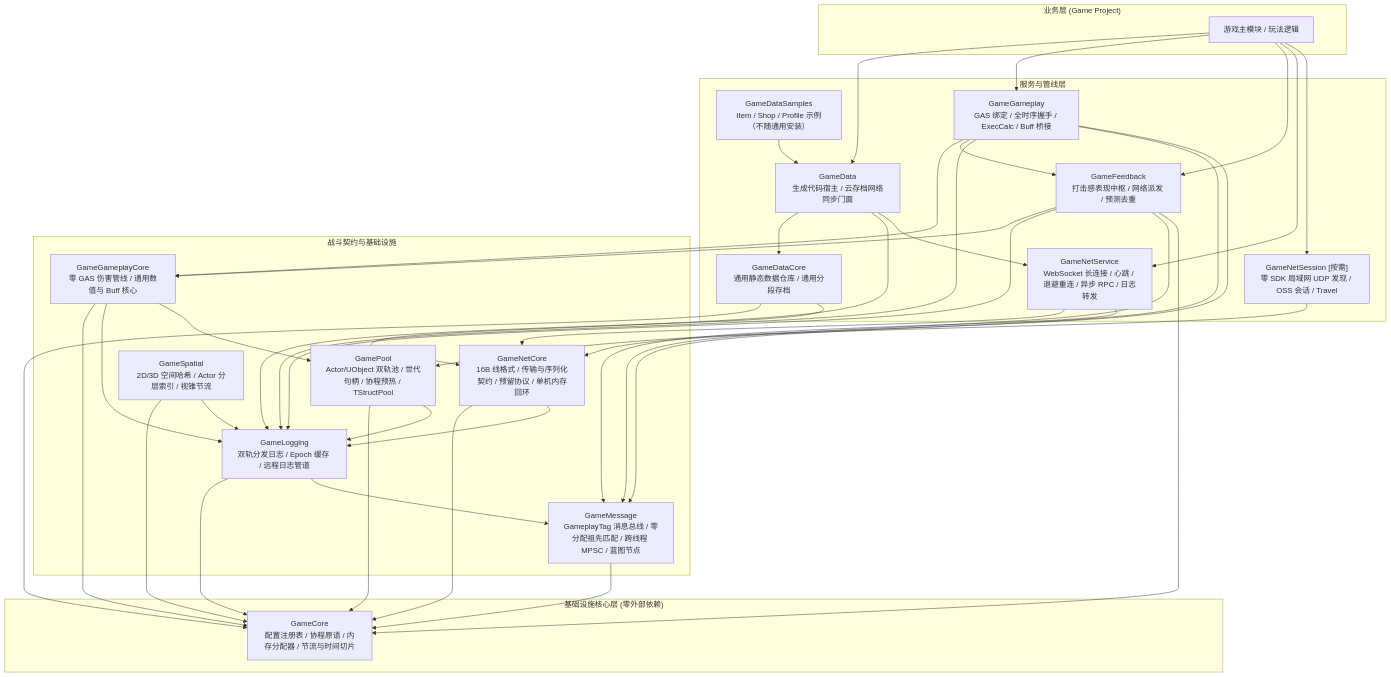
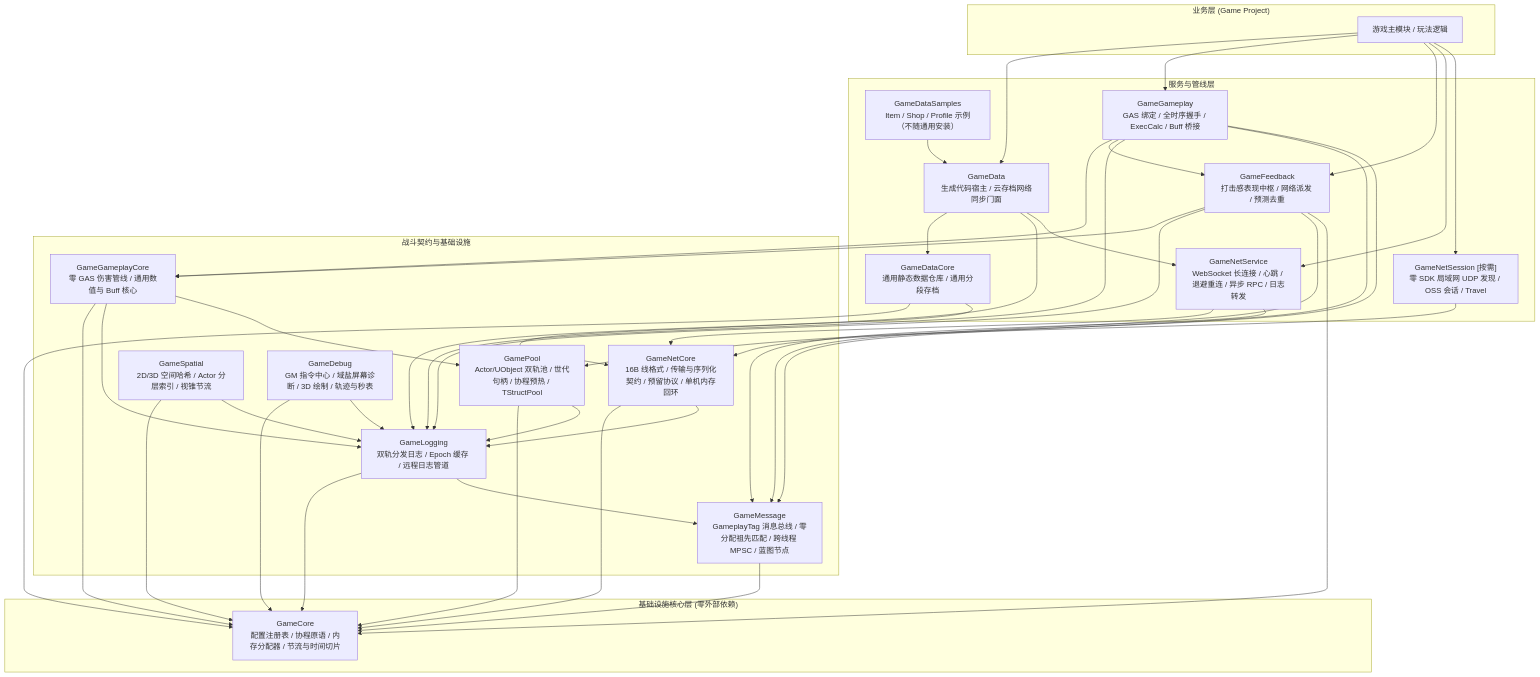
Before and after one commit to YIice-cwj/ue5-toolkit: the diagram in README.md, drawn with Mermaid. The commit also changed other lines of this file and 1 other file, not shown here.

Commit message:
docs(architecture): 对齐根 README 的 GameDebug 矩阵条目与 GameCore 头路径引用
- 跨模块文档同步：
  1. 在根目录 README.md 的依赖拓扑图、核心插件矩阵表与目录树中补齐 Layer 1 插件 GameDebug 条目。
  2. 修正 GameCore/Docs/API/ConfigRegistry.md 中 FGameCheatRegistry 迁移提示的旧头文件引用路径为 Cheat/FGameCheatRegistry.h。

````diff
--- a/README.md
+++ b/README.md
@@ -20,65 +20,68 @@
 ```mermaid
 graph TD
     subgraph Layer3["业务层 (Game Project)"]
         MyGame["游戏主模块 / 玩法逻辑"]
     end
 
     subgraph Layer2["服务与管线层"]
         GameDataCore["GameDataCore<br>通用静态数据仓库 / 通用分段存档"]
         GameData["GameData<br>生成代码宿主 / 云存档网络同步门面"]
         GameDataSamples["GameDataSamples<br>Item / Shop / Profile 示例（不随通用安装）"]
         GameGameplay["GameGameplay<br>GAS 绑定 / 全时序握手 / ExecCalc / Buff 桥接"]
         GameFeedback["GameFeedback<br>打击感表现中枢 / 网络派发 / 预测去重"]
         GameNetService["GameNetService<br>WebSocket 长连接 / 心跳 / 退避重连 / 异步 RPC / 日志转发"]
         GameNetSession["GameNetSession [按需]<br>零 SDK 局域网 UDP 发现 / OSS 会话 / Travel"]
     end
 
     subgraph Layer1["战斗契约与基础设施"]
         GameGameplayCore["GameGameplayCore<br>零 GAS 伤害管线 / 通用数值与 Buff 核心"]
         GameNetCore["GameNetCore<br>16B 线格式 / 传输与序列化契约 / 预留协议 / 单机内存回环"]
         GamePool["GamePool<br>Actor/UObject 双轨池 / 世代句柄 / 协程预热 / TStructPool"]
         GameSpatial["GameSpatial<br>2D/3D 空间哈希 / Actor 分层索引 / 视锥节流"]
+        GameDebug["GameDebug<br>GM 指令中心 / 域盐屏幕诊断 / 3D 绘制 / 轨迹与秒表"]
         GameLogging["GameLogging<br>双轨分发日志 / Epoch 缓存 / 远程日志管道"]
         GameMessage["GameMessage<br>GameplayTag 消息总线 / 零分配祖先匹配 / 跨线程 MPSC / 蓝图节点"]
     end
 
     subgraph Layer0["基础设施核心层 (零外部依赖)"]
         GameCore["GameCore<br>配置注册表 / 协程原语 / 内存分配器 / 节流与时间切片"]
     end
 
     MyGame --> GameData
     MyGame --> GameGameplay
     MyGame --> GameFeedback
     MyGame --> GameNetService
     MyGame --> GameNetSession
     GameDataSamples --> GameData
     GameData --> GameDataCore
     GameData --> GameNetCore
     GameData --> GameNetService
     GameGameplay --> GameGameplayCore
     GameGameplay --> GameFeedback
     GameGameplay --> GameLogging
     GameGameplay --> GameMessage
     GameGameplay --> GamePool
     GameFeedback --> GameGameplayCore
     GameFeedback --> GameLogging
     GameFeedback --> GameMessage
     GameFeedback --> GameCore
     GameNetService --> GameNetCore
     GameNetService --> GameMessage
     GameNetSession --> GameNetCore
     GameNetCore --> GameCore
     GameNetCore --> GameLogging
     GameGameplayCore --> GameCore
     GameGameplayCore --> GameLogging
     GameGameplayCore --> GamePool
     GamePool --> GameCore
     GamePool --> GameLogging
     GameSpatial --> GameCore
     GameSpatial --> GameLogging
+    GameDebug --> GameCore
+    GameDebug --> GameLogging
     GameDataCore --> GameCore
     GameDataCore --> GameLogging
     GameLogging --> GameCore
     GameLogging --> GameMessage
     GameMessage --> GameCore
 ```
````
